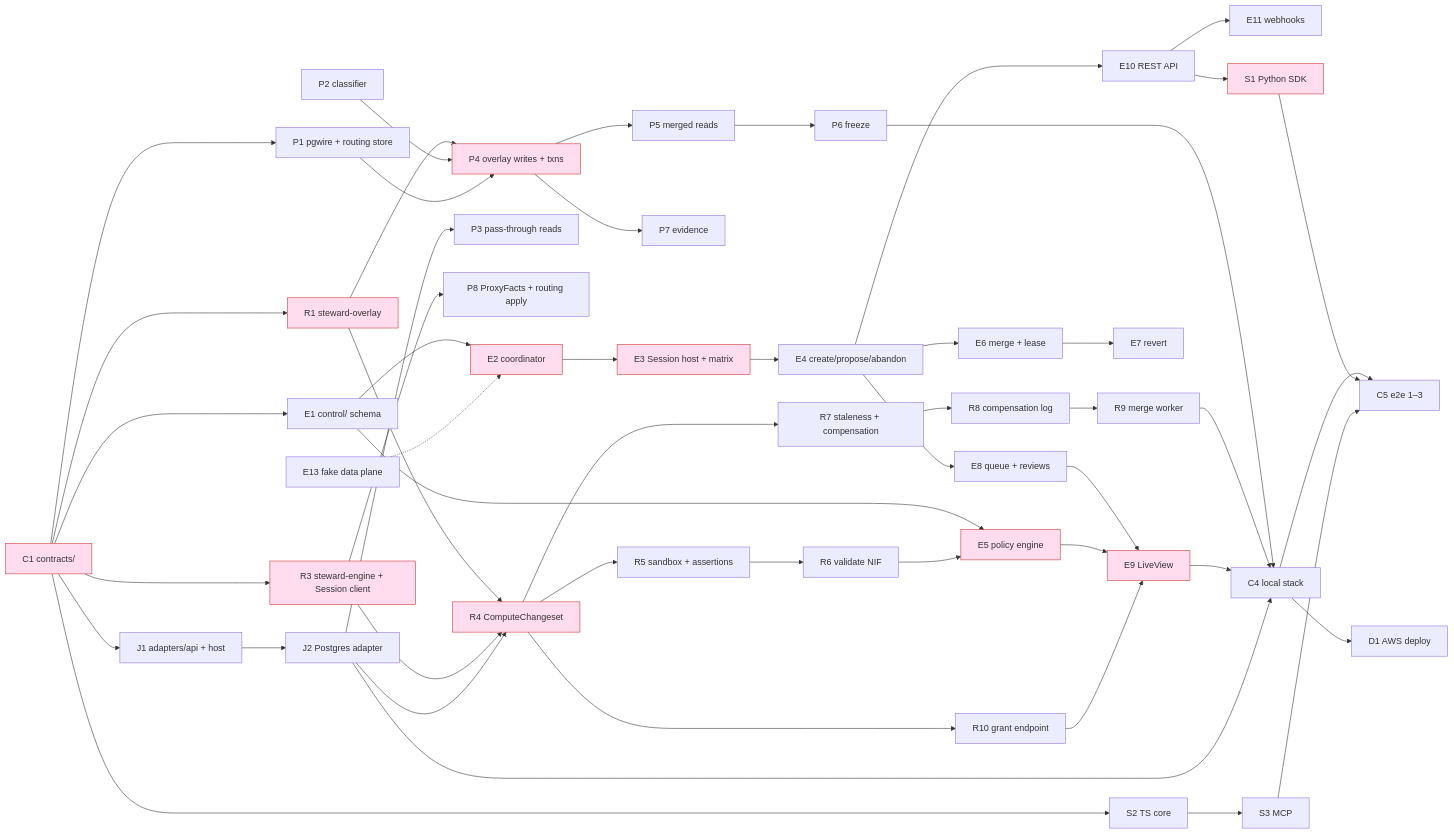
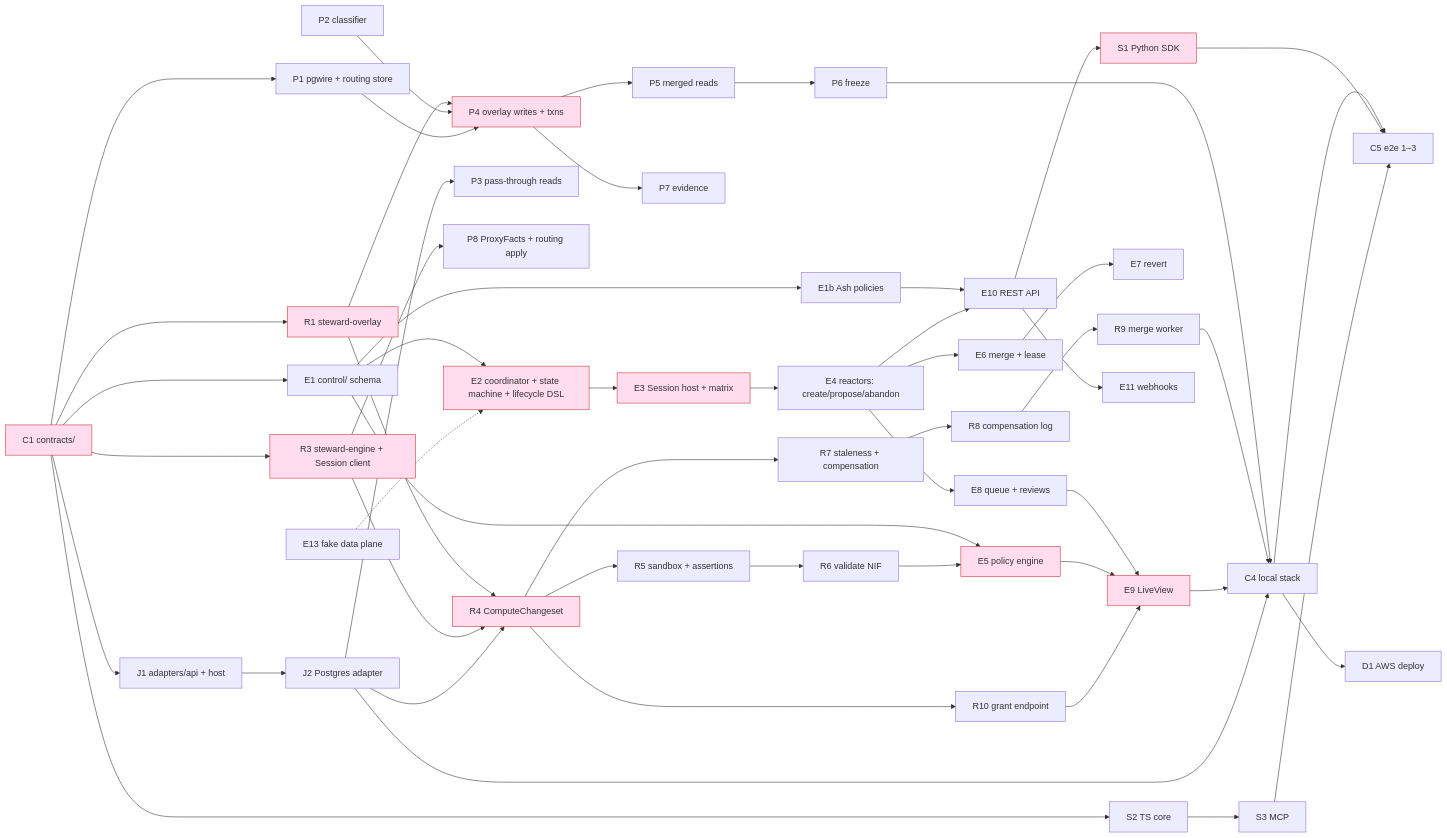
One commit to sunprema/steward changed the diagram in docs/40-engineering/19-build-roadmap.md. Above: the diagram before and after it, drawn with Mermaid. The commit also changed other lines of this file and 9 other files, not shown here.

````diff
--- a/docs/40-engineering/19-build-roadmap.md
+++ b/docs/40-engineering/19-build-roadmap.md
@@ -207,44 +209,45 @@
 ```mermaid
 flowchart LR
     C1[C1 contracts/] --> R1[R1 steward-overlay]
     C1 --> R3[R3 steward-engine + Session client]
     C1 --> J1[J1 adapters/api + host]
     C1 --> E1[E1 control/ schema]
     C1 --> P1[P1 pgwire + routing store]
     C1 --> S2[S2 TS core]
     R1 --> P4[P4 overlay writes + txns]
     P2[P2 classifier] --> P4
     P1 --> P4
     J1 --> J2[J2 Postgres adapter]
     J2 --> P3[P3 pass-through reads]
     P4 --> P5[P5 merged reads] --> P6[P6 freeze]
     P4 --> P7[P7 evidence]
     R3 --> P8[P8 ProxyFacts + routing apply]
     R1 --> R4[R4 ComputeChangeset]
     R3 --> R4
     J2 --> R4
     R4 --> R5[R5 sandbox + assertions] --> R6[R6 validate NIF]
     R4 --> R7[R7 staleness + compensation] --> R8[R8 compensation log] --> R9[R9 merge worker]
     R4 --> R10[R10 grant endpoint]
-    E1 --> E2[E2 coordinator] --> E3[E3 Session host + matrix] --> E4[E4 create/propose/abandon]
+    E1 --> E1b[E1b Ash policies] --> E10
+    E1 --> E2[E2 coordinator + state machine + lifecycle DSL] --> E3[E3 Session host + matrix] --> E4[E4 reactors: create/propose/abandon]
     E13[E13 fake data plane] -.-> E2
     E1 --> E5[E5 policy engine]
     R6 --> E5
     E4 --> E6[E6 merge + lease] --> E7[E7 revert]
     E4 --> E8[E8 queue + reviews] --> E9[E9 LiveView]
     E5 --> E9
     R10 --> E9
     E4 --> E10[E10 REST API] --> E11[E11 webhooks]
     E10 --> S1[S1 Python SDK]
     S2 --> S3[S3 MCP]
     C4[C4 local stack] --> C5[C5 e2e 1–3]
     P6 --> C4
     R9 --> C4
     E9 --> C4
     J2 --> C4
     S1 --> C5
     S3 --> C5
     C4 --> D1[D1 AWS deploy]
     classDef crit fill:#fde,stroke:#c33;
     class C1,R1,P4,R4,R3,E3,E2,E5,E9,S1 crit;
 ```
````
